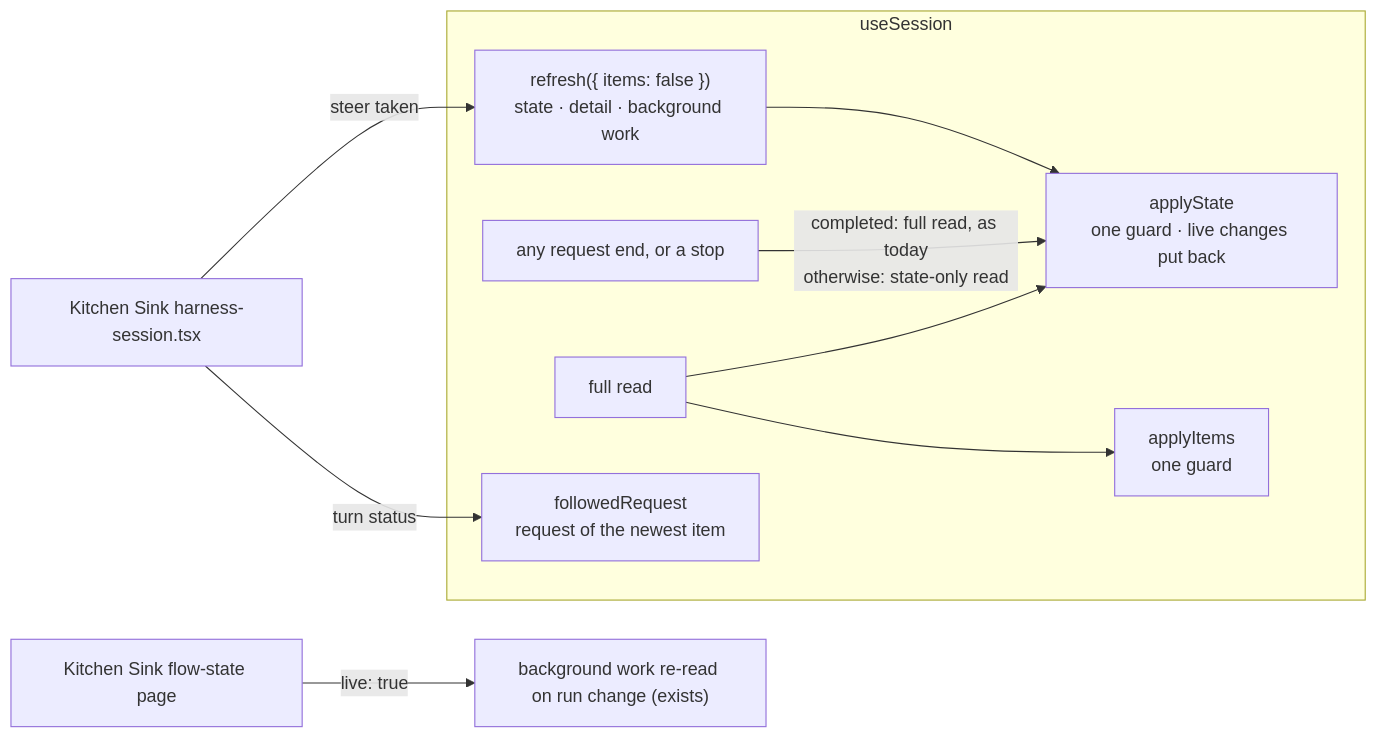
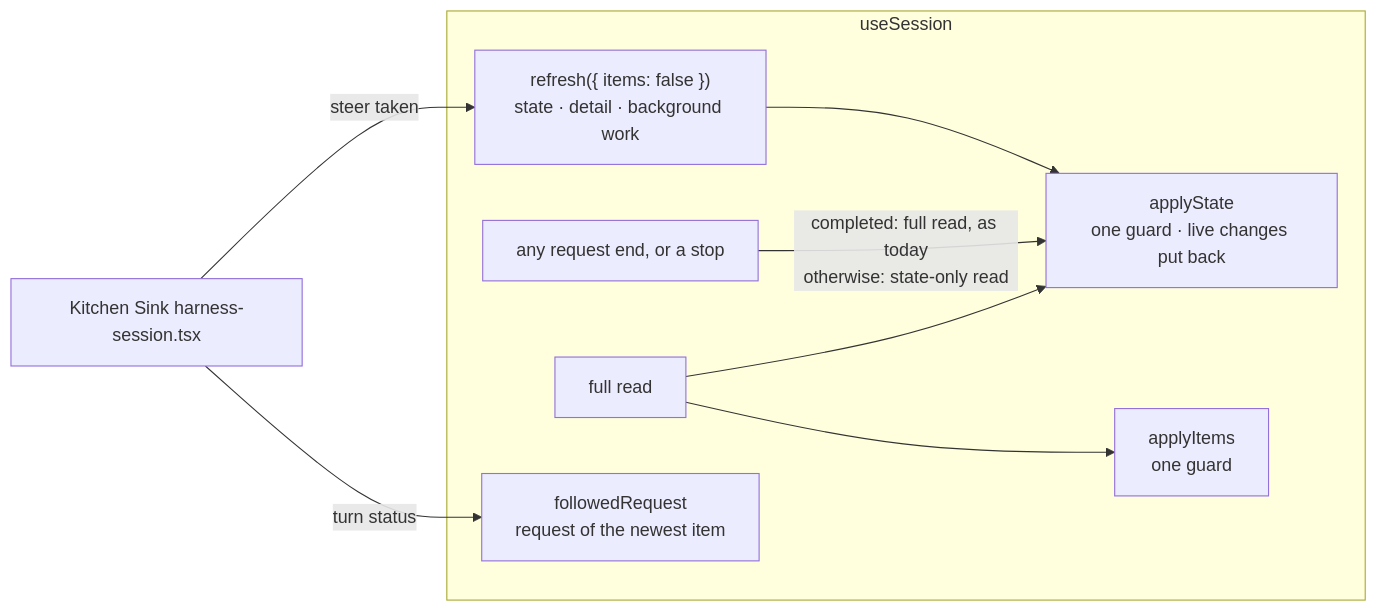
Before and after one commit to fixpoint-labs/flow-state-dev: the diagram in specs/issues/FIX-2410/SPEC.md, drawn with Mermaid. The commit also changed other lines of this file and 1 other file, not shown here.

````diff
--- a/specs/issues/FIX-2410/SPEC.md
+++ b/specs/issues/FIX-2410/SPEC.md
@@ -30,13 +30,12 @@
 ```mermaid
 flowchart LR
   subgraph react["useSession"]
     R["refresh({ items: false })<br/>state · detail · background work"] --> AS["applyState<br/>one guard · live changes put back"]
     T["any request end, or a stop"] -->|"completed: full read, as today<br/>otherwise: state-only read"| AS
     FR["full read"] --> AS
     FR --> AI["applyItems<br/>one guard"]
     F["followedRequest<br/>request of the newest item"]
   end
   KS["Kitchen Sink harness-session.tsx"] -->|"steer taken"| R
   KS -->|"turn status"| F
-  P["Kitchen Sink flow-state page"] -->|"live: true"| L["background work re-read on run change (exists)"]
 ```
````
